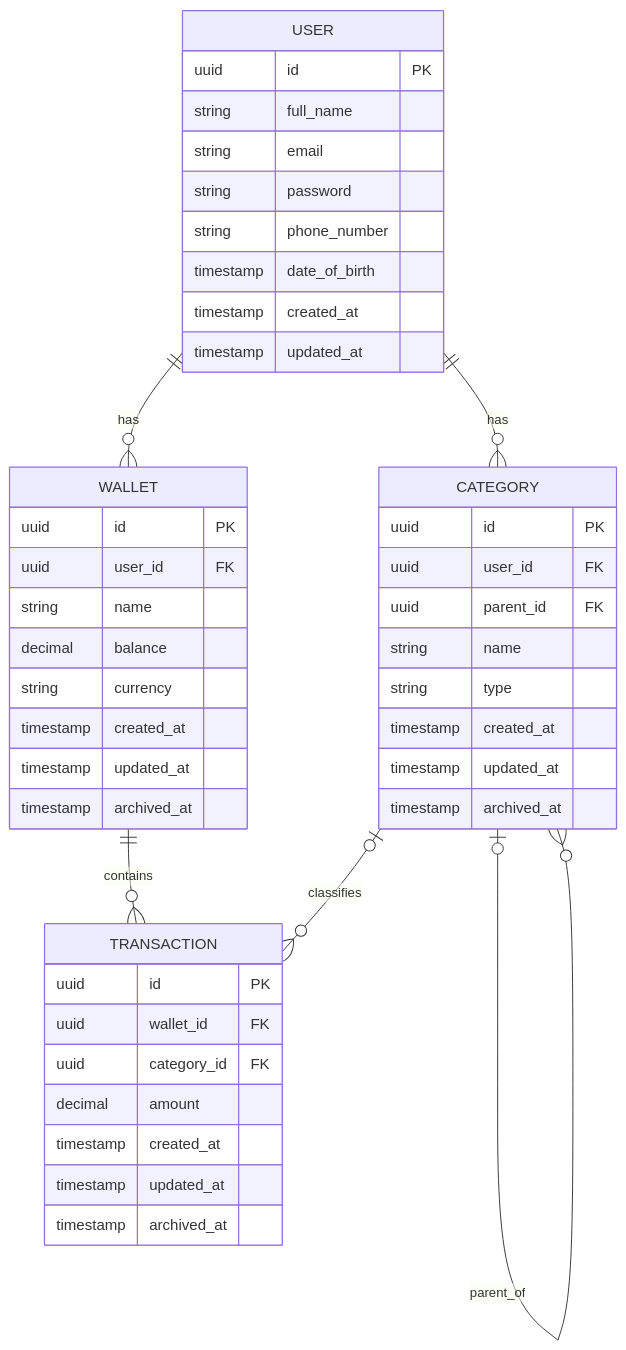
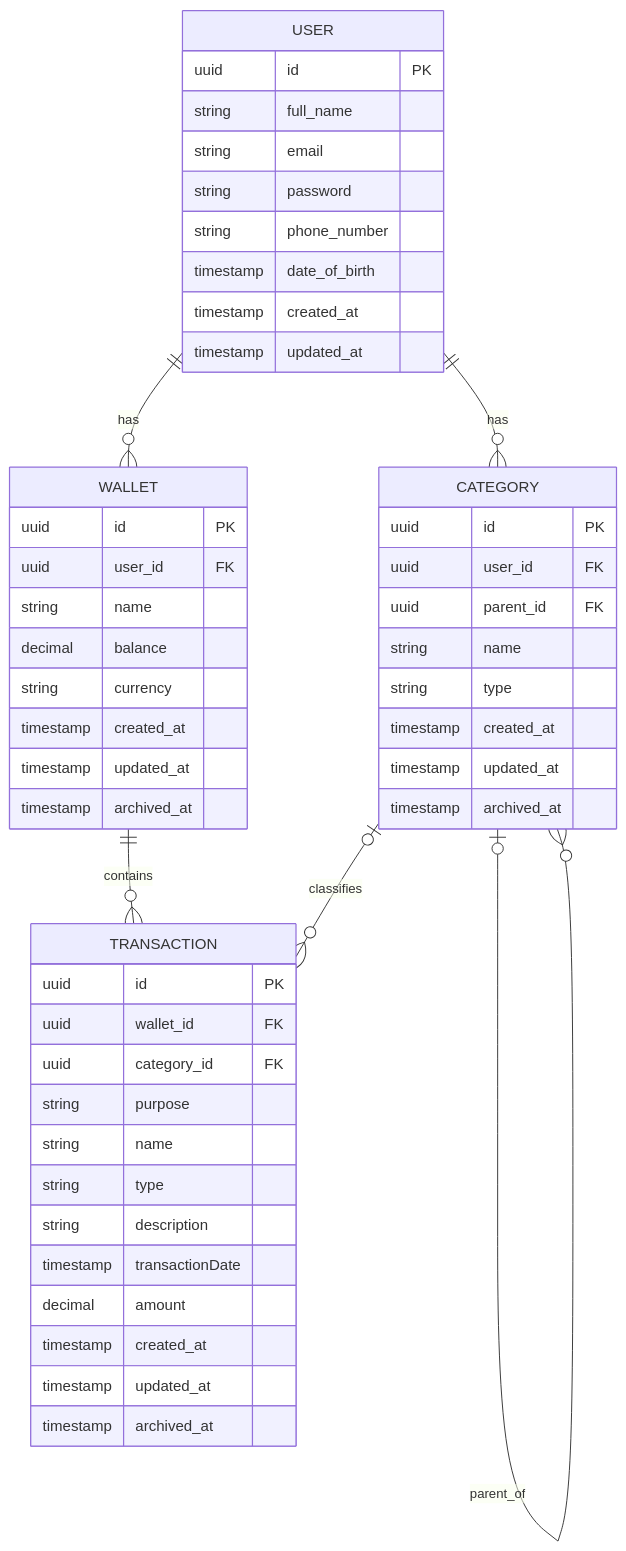
One commit to kdieu4/PersonalFinanceManagementSystem changed the third of 4 diagrams in SDD-Template.md. Above: the diagram before and after it, drawn with Mermaid. The commit also changed 9 other files, not shown here.

````diff
--- a/SDD-Template.md
+++ b/SDD-Template.md
@@ -283,49 +283,53 @@
 ```mermaid
 erDiagram
     USER ||--o{ CATEGORY: "has"
     USER ||--o{ WALLET: "has"
     WALLET ||--O{ TRANSACTION: "contains"
     CATEGORY O|--O{ TRANSACTION: "classifies"
     CATEGORY O|--O{ CATEGORY: "parent_of"
 
     USER {
         uuid id PK
         string full_name
         string email
         string password
         string phone_number
         timestamp date_of_birth
         timestamp created_at
         timestamp updated_at
     }
     CATEGORY {
         uuid id PK
         uuid user_id FK
         uuid parent_id FK
         string name
         string type
         timestamp created_at
         timestamp updated_at
         timestamp archived_at
     }
     WALLET {
         uuid id PK
         uuid user_id FK
         string name
         decimal balance
         string currency
         timestamp created_at
         timestamp updated_at
         timestamp archived_at
     }
     TRANSACTION {
         uuid id PK
         uuid wallet_id FK
         uuid category_id FK
-        
+        string purpose
+        string name
+        string type
+        string description
+        timestamp transactionDate
         decimal amount
         timestamp created_at
         timestamp updated_at
         timestamp archived_at
     }
 ```
````
